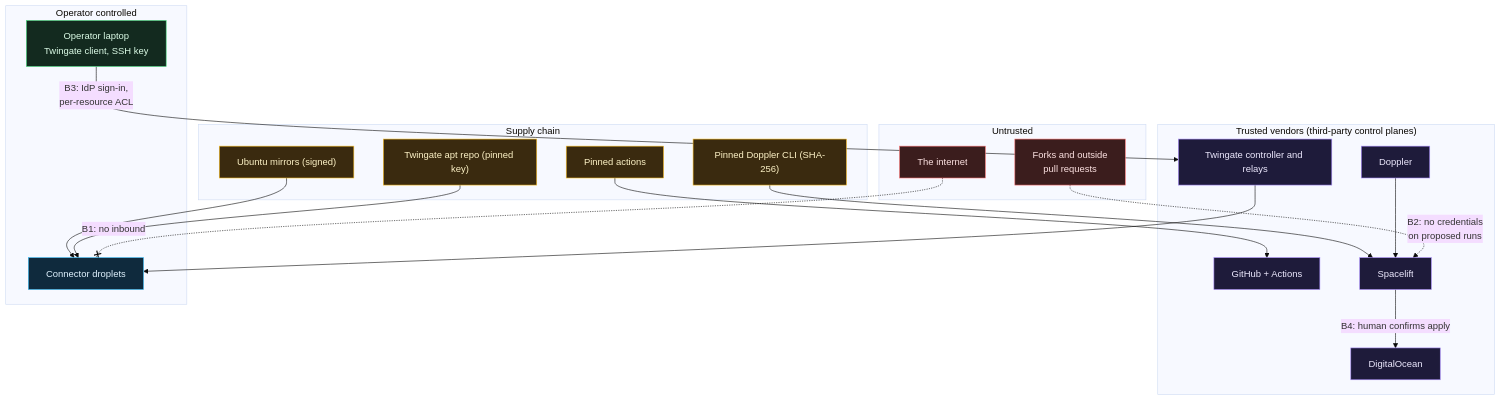
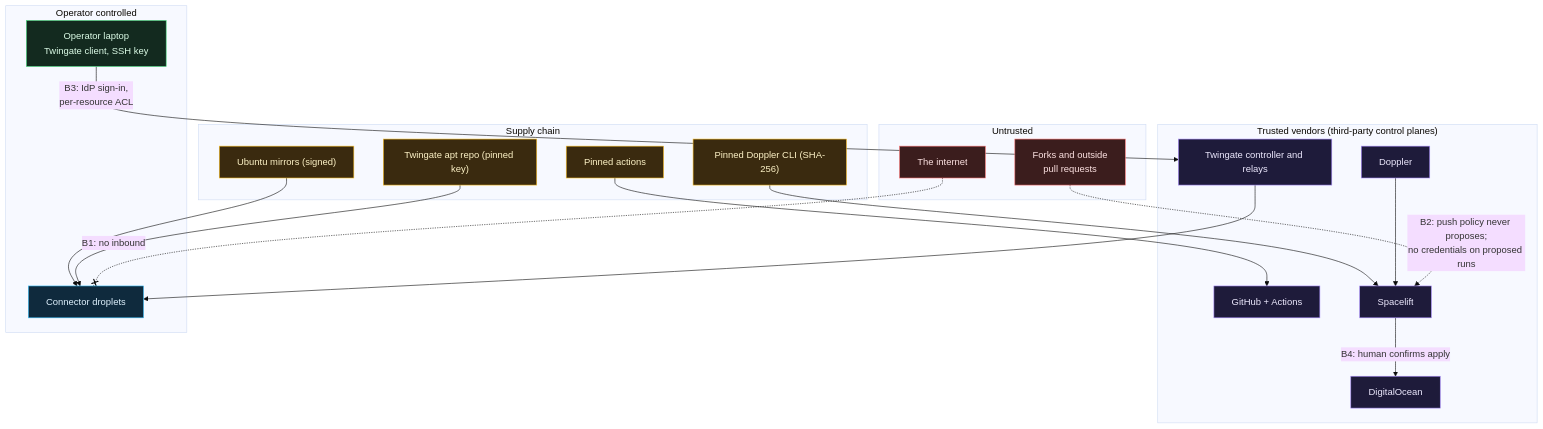
One commit to ChiefGyk3D/Clouds-Against-Humanity changed the diagram in docs/wiki/Threat-Model.md. Above: the diagram before and after it, drawn with Mermaid (base theme). The commit also changed other lines of this file and 34 other files, not shown here.

First line of the commit message:
docs: start-from-zero wiki track; Spacelift push policy; CI and wiki publishing on GYST only (#19)

````diff
--- a/docs/wiki/Threat-Model.md
+++ b/docs/wiki/Threat-Model.md
@@ -21,41 +23,41 @@
 ```mermaid
 flowchart TB
     subgraph untrusted["Untrusted"]
         inet["The internet"]:::ext
         forks["Forks and outside<br/>pull requests"]:::ext
     end
     subgraph vendors["Trusted vendors (third-party control planes)"]
         gh["GitHub + Actions"]:::ctrl
         sl["Spacelift"]:::ctrl
         dp["Doppler"]:::ctrl
         tg["Twingate controller and relays"]:::ctrl
         doc["DigitalOcean"]:::ctrl
     end
     subgraph supply["Supply chain"]
         acts["Pinned actions"]:::warn
         cli["Pinned Doppler CLI (SHA-256)"]:::warn
         apt["Twingate apt repo (pinned key)"]:::warn
         ubu["Ubuntu mirrors (signed)"]:::warn
     end
     subgraph mine["Operator controlled"]
         laptop["Operator laptop<br/>Twingate client, SSH key"]:::you
         drops["Connector droplets"]:::cloud
     end
 
     inet -. "B1: no inbound" .-x drops
-    forks -. "B2: no credentials<br/>on proposed runs" .-> sl
+    forks -. "B2: push policy never proposes;<br/>no credentials on proposed runs" .-> sl
     laptop -- "B3: IdP sign-in,<br/>per-resource ACL" --> tg
     tg --> drops
     sl -- "B4: human confirms apply" --> doc
     dp --> sl
     acts --> gh
     cli --> sl
     apt --> drops
     ubu --> drops
 
     classDef you fill:#132a1f,stroke:#4ade80,color:#dcfce7
     classDef ext fill:#3b1d1d,stroke:#f87171,color:#fde2e2
     classDef ctrl fill:#1e1b3a,stroke:#a78bfa,color:#ede9fe
     classDef cloud fill:#0f2a3d,stroke:#38bdf8,color:#e0f2fe
     classDef warn fill:#3a2a0f,stroke:#fbbf24,color:#fef3c7
 ```
````
